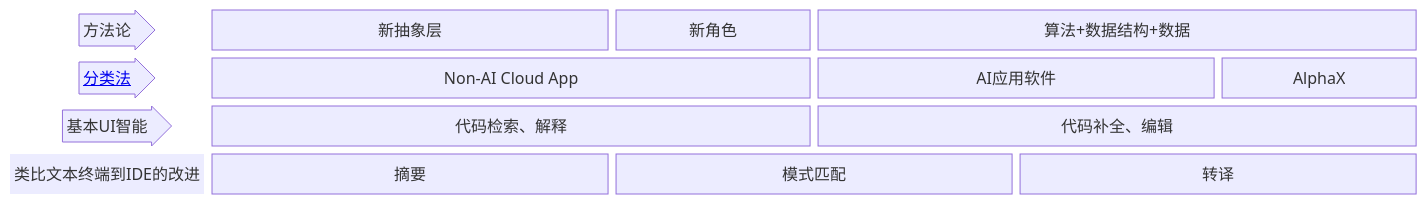
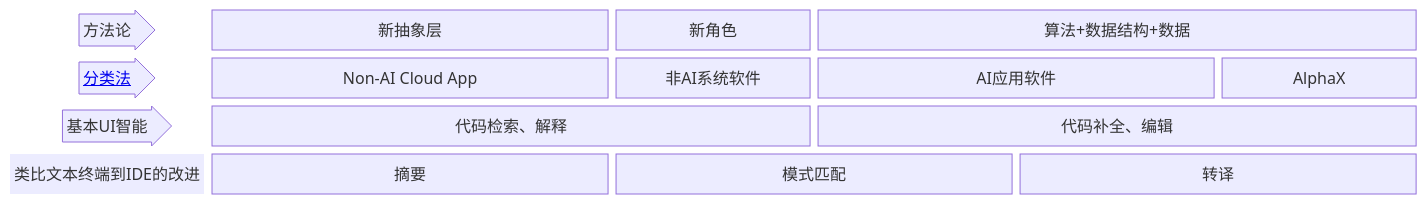
Before and after one commit to AI-LLM/ai4se_white_paper: the diagram in README.md, drawn with Mermaid.

````diff
--- a/README.md
+++ b/README.md
@@ -4,21 +4,22 @@
 ```mermaid
 block-beta
   columns 7
 
     A<["方法论"]>(right):1
     B1["新抽象层"]:2
     B2["新角色"]:1
     C["算法+数据结构+数据"]:3
     D<["<a href='https://ai-llm.github.io/ai4se_white_paper/taxonomy/index.html'>分类法</a>"]>(right)
-    E["Non-AI Cloud App"]:3
+    E1["Non-AI Cloud App"]:2
+    E2["非AI系统软件"]:1
     F1["AI应用软件"]:2
     F2["AlphaX"]:1
     G<["基本UI智能"]>(right):1
     H["代码检索、解释"]:3
     I["代码补全、编辑"]:3
     comment1["类比文本终端到IDE的改进"]
     style comment1 fill:rgb(0,0,0,0),stroke:rgb(0,0,0,0),stroke-width:0
     K["摘要"]:2
     J["模式匹配"]:2
     L["转译"]:2
 ```
````
